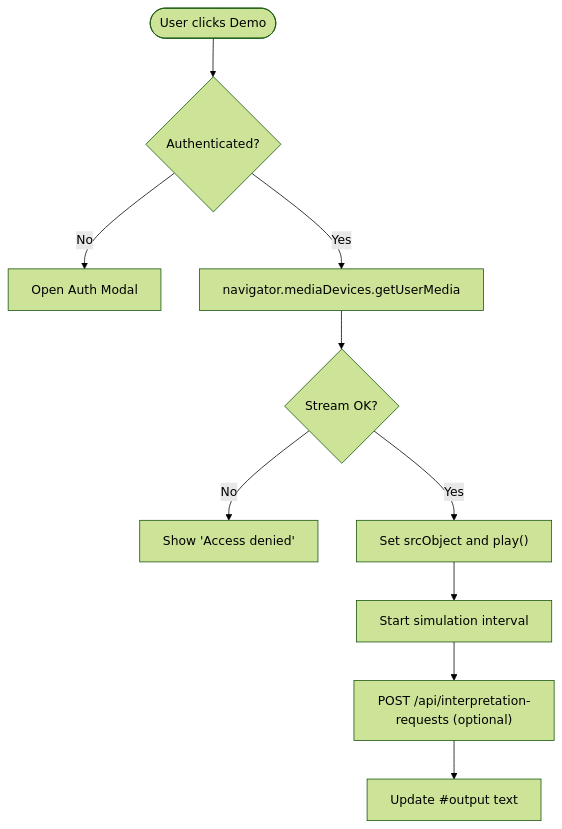
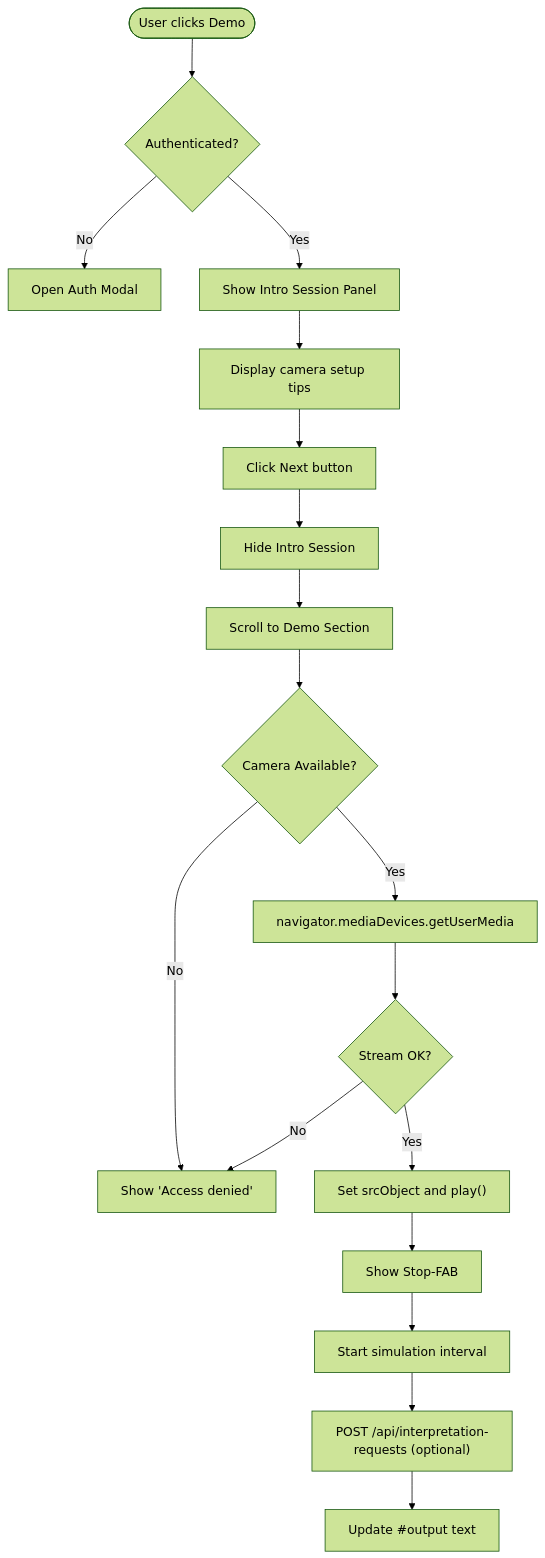
The sixth of 9 diagrams in .qoder/repowiki/en/content/Frontend Application.md (ikramhh/signvue-project), drawn with Mermaid (forest theme) before and after one commit. The commit also changed other lines of this file and 3 other files, not shown here.

````diff
--- a/.qoder/repowiki/en/content/Frontend Application.md
+++ b/.qoder/repowiki/en/content/Frontend Application.md
@@ -187,12 +286,20 @@
 ```mermaid
 flowchart TD
 Start(["User clicks Demo"]) --> CheckAuth{"Authenticated?"}
 CheckAuth --> |No| OpenAuth["Open Auth Modal"]
-CheckAuth --> |Yes| GetUserMedia["navigator.mediaDevices.getUserMedia"]
+CheckAuth --> |Yes| ShowIntro["Show Intro Session Panel"]
+ShowIntro --> UserTips["Display camera setup tips"]
+UserTips --> NextButton["Click Next button"]
+NextButton --> HideIntro["Hide Intro Session"]
+HideIntro --> ScrollDemo["Scroll to Demo Section"]
+ScrollDemo --> CheckCamera{"Camera Available?"}
+CheckCamera --> |No| ShowError["Show 'Camera not supported'"]
+CheckCamera --> |Yes| GetUserMedia["navigator.mediaDevices.getUserMedia"]
 GetUserMedia --> StreamOK{"Stream OK?"}
 StreamOK --> |No| ShowError["Show 'Access denied'"]
 StreamOK --> |Yes| PlayVideo["Set srcObject and play()"]
-PlayVideo --> SimStart["Start simulation interval"]
+PlayVideo --> ShowStopFab["Show Stop-FAB"]
+ShowStopFab --> SimStart["Start simulation interval"]
 SimStart --> SendReq["POST /api/interpretation-requests (optional)"]
 SendReq --> Output["Update #output text"]
 ```
````
